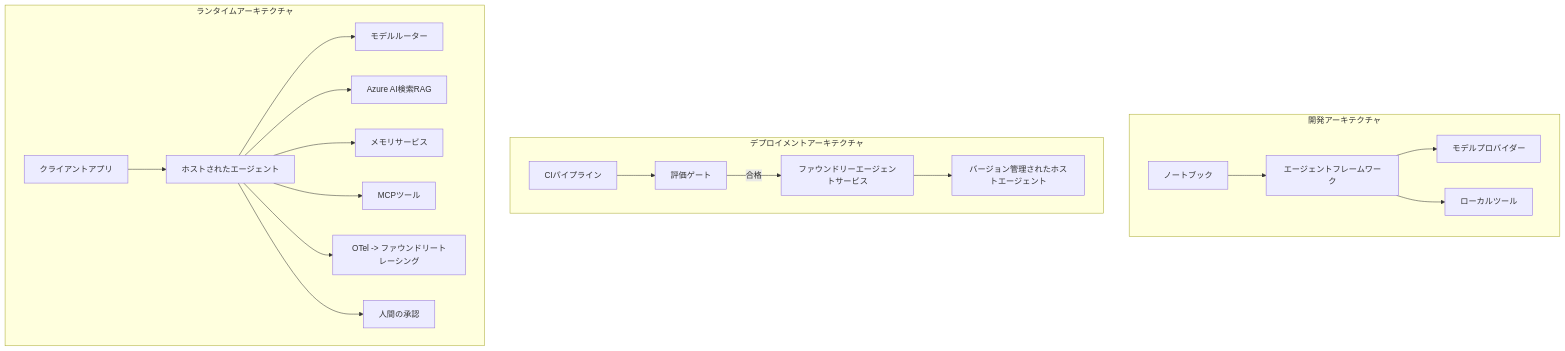
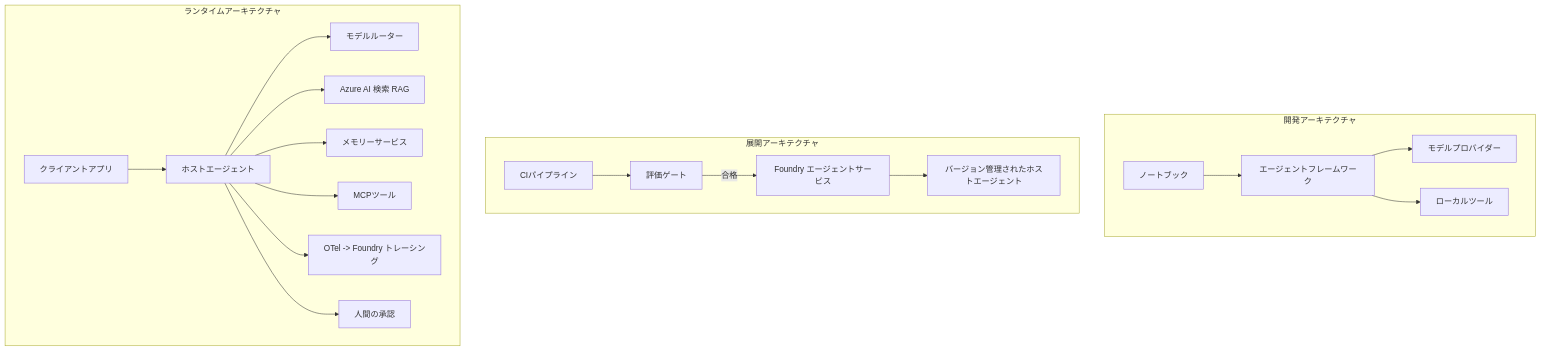
The fourth of 4 diagrams in mirrors/repos/microsoft@ai-agents-for-beginners/translations/ja/16-deploying-scalable-agents/README.md (gabrielmoreira/agent-skills-mirror), drawn with Mermaid before and after one commit. The commit also changed other lines of this file and 3581 other files, not shown here.

````diff
--- a/mirrors/repos/microsoft@ai-agents-for-beginners/translations/ja/16-deploying-scalable-agents/README.md
+++ b/mirrors/repos/microsoft@ai-agents-for-beginners/translations/ja/16-deploying-scalable-agents/README.md
@@ -185,22 +185,22 @@
 ```mermaid
 flowchart TB
     subgraph Dev[開発アーキテクチャ]
         D1[ノートブック] --> D2[エージェントフレームワーク]
         D2 --> D3[モデルプロバイダー]
         D2 --> D4[ローカルツール]
     end
-    subgraph Deploy[デプロイメントアーキテクチャ]
+    subgraph Deploy[展開アーキテクチャ]
         E1[CIパイプライン] --> E2[評価ゲート]
-        E2 -->|合格| E3[ファウンドリーエージェントサービス]
+        E2 -->|合格| E3[Foundry エージェントサービス]
         E3 --> E4[バージョン管理されたホストエージェント]
     end
     subgraph Run[ランタイムアーキテクチャ]
-        F1[クライアントアプリ] --> F2[ホストされたエージェント]
+        F1[クライアントアプリ] --> F2[ホストエージェント]
         F2 --> F3[モデルルーター]
-        F2 --> F4[Azure AI検索RAG]
-        F2 --> F5[メモリサービス]
+        F2 --> F4[Azure AI 検索 RAG]
+        F2 --> F5[メモリーサービス]
         F2 --> F6[MCPツール]
-        F2 --> F7[OTel -> ファウンドリートレーシング]
+        F2 --> F7[OTel -> Foundry トレーシング]
         F2 --> F8[人間の承認]
     end
 ```
````
